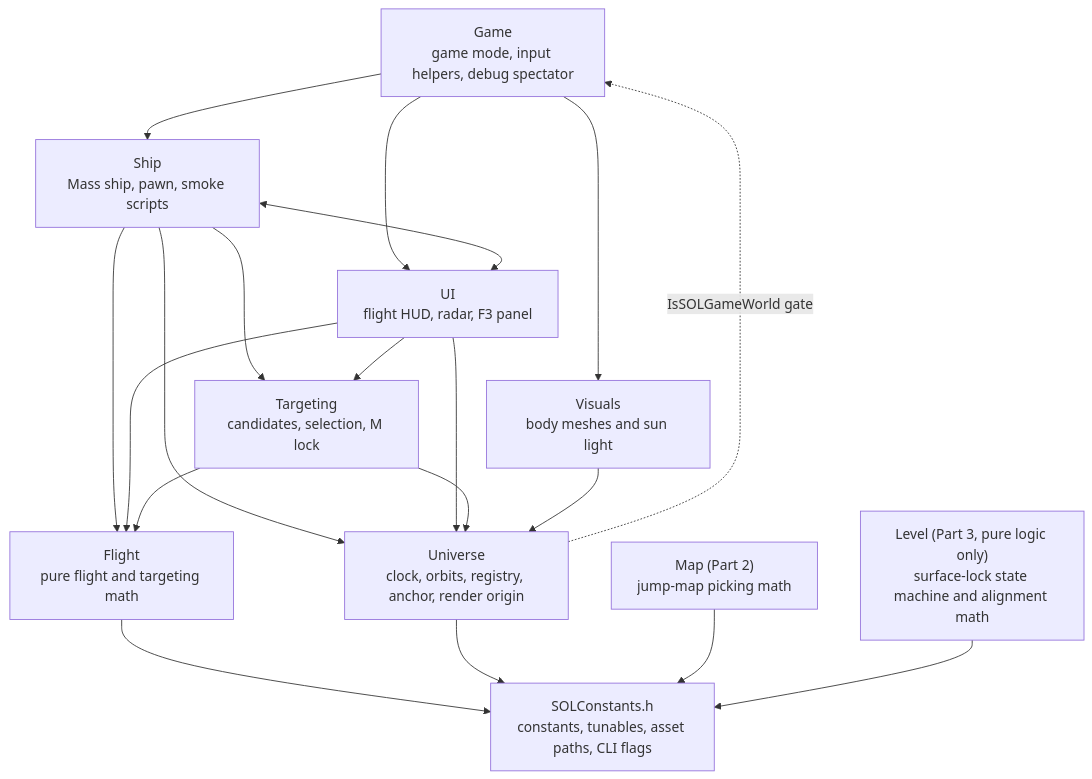
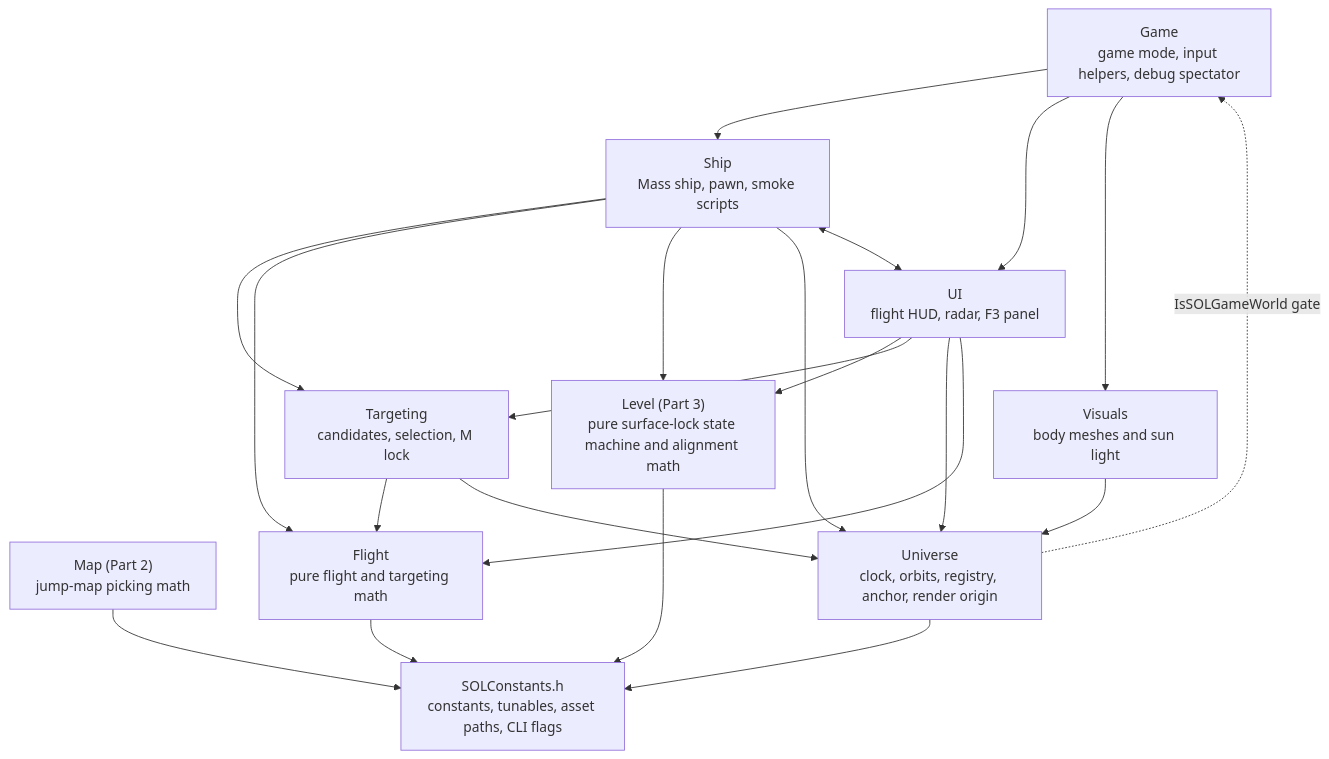
One commit to DieSlower/SOLTest changed the first of 4 diagrams in Docs/ARCHITECTURE.md. Above: the diagram before and after it, drawn with Mermaid. The commit also changed other lines of this file and 25 other files, not shown here.

````diff
--- a/Docs/ARCHITECTURE.md
+++ b/Docs/ARCHITECTURE.md
@@ -27,32 +27,34 @@
 ```mermaid
 flowchart TD
     Game["Game<br/>game mode, input helpers, debug spectator"]
     Ship["Ship<br/>Mass ship, pawn, smoke scripts"]
     UI["UI<br/>flight HUD, radar, F3 panel"]
     Targeting["Targeting<br/>candidates, selection, M lock"]
     Visuals["Visuals<br/>body meshes and sun light"]
     Map["Map (Part 2)<br/>jump-map picking math"]
-    Level["Level (Part 3, pure logic only)<br/>surface-lock state machine and alignment math"]
+    Level["Level (Part 3)<br/>pure surface-lock state machine and alignment math"]
     Flight["Flight<br/>pure flight and targeting math"]
     Universe["Universe<br/>clock, orbits, registry, anchor, render origin"]
     Const["SOLConstants.h<br/>constants, tunables, asset paths, CLI flags"]
 
     Game --> Ship
     Game --> UI
     Game --> Visuals
     Ship --> Targeting
     Ship --> Flight
+    Ship --> Level
+    UI --> Level
     Ship --> Universe
     Ship <--> UI
     UI --> Targeting
     UI --> Universe
     UI --> Flight
     Targeting --> Flight
     Targeting --> Universe
     Visuals --> Universe
     Universe -. "IsSOLGameWorld gate" .-> Game
     Flight --> Const
     Universe --> Const
     Map --> Const
     Level --> Const
 ```
````
